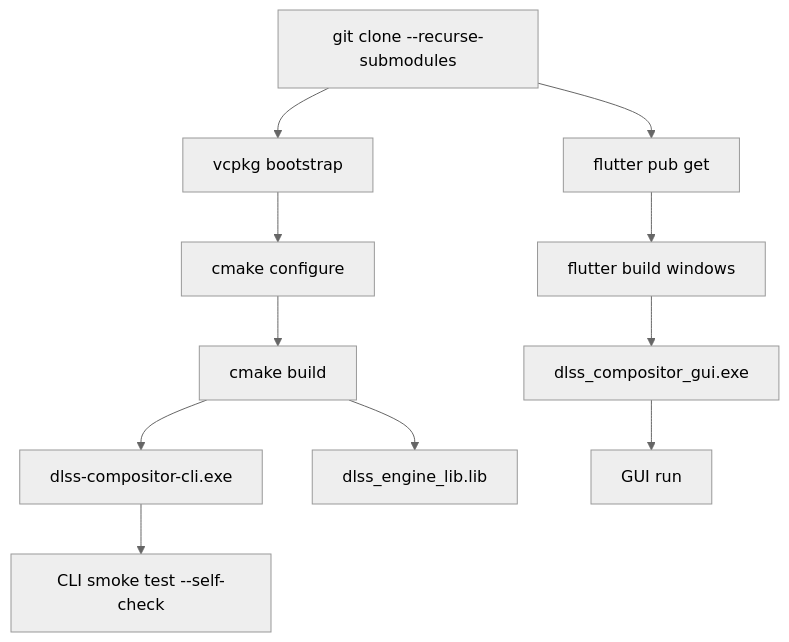
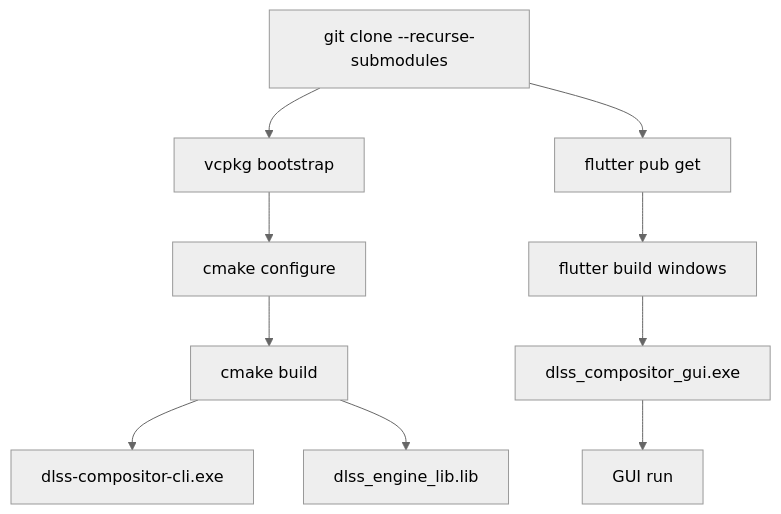
One commit to ShiinaManatsu/dlss-compositor changed the diagram in docs/build_guide.md. Above: the diagram before and after it, drawn with Mermaid (neutral theme). The commit also changed other lines of this file and 123 other files, not shown here.

````diff
--- a/docs/build_guide.md
+++ b/docs/build_guide.md
@@ -377,13 +355,12 @@
 ```mermaid
 graph TD
     A[git clone --recurse-submodules] --> B[vcpkg bootstrap]
     B --> C[cmake configure]
     C --> D[cmake build]
     D --> E[dlss-compositor-cli.exe]
     D --> F[dlss_engine_lib.lib]
     A --> G[flutter pub get]
     G --> H[flutter build windows]
     H --> I[dlss_compositor_gui.exe]
-    E --> J[CLI smoke test --self-check]
     I --> K[GUI run]
 ```
````
